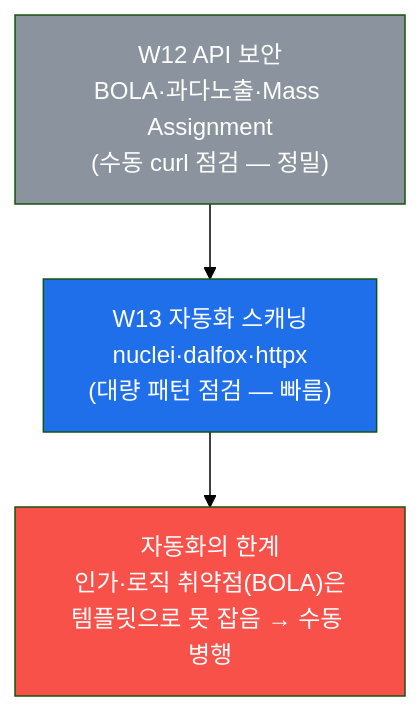
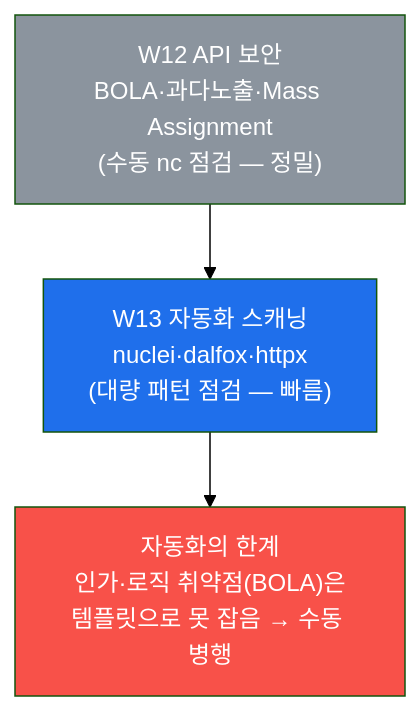
One commit to mrgrit/tw2 changed the ninth of 9 diagrams in contents/training/web-vuln/lecture_week12.md. Above: the diagram before and after it, drawn with Mermaid (forest theme). The commit also changed other lines of this file and 45 other files, not shown here.

````diff
--- a/contents/training/web-vuln/lecture_week12.md
+++ b/contents/training/web-vuln/lecture_week12.md
@@ -704,10 +704,10 @@
 ```mermaid
 graph TD
-    W12["W12 API 보안<br/>BOLA·과다노출·Mass Assignment<br/>(수동 curl 점검 — 정밀)"]
+    W12["W12 API 보안<br/>BOLA·과다노출·Mass Assignment<br/>(수동 nc 점검 — 정밀)"]
     W13["W13 자동화 스캐닝<br/>nuclei·dalfox·httpx<br/>(대량 패턴 점검 — 빠름)"]
     LIMIT["자동화의 한계<br/>인가·로직 취약점(BOLA)은<br/>템플릿으로 못 잡음 → 수동 병행"]
     W12 --> W13 --> LIMIT
     style W12 fill:#8b949e,color:#fff
     style W13 fill:#1f6feb,color:#fff
     style LIMIT fill:#f85149,color:#fff
 ```
````
